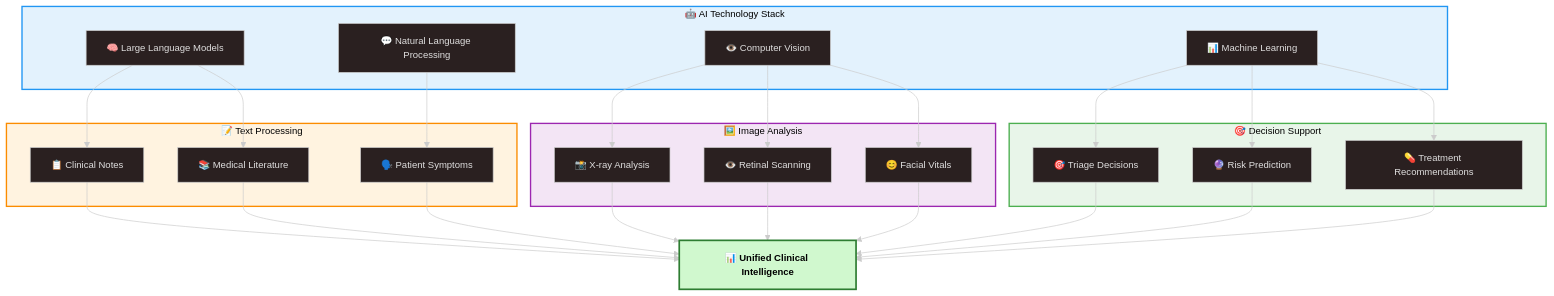
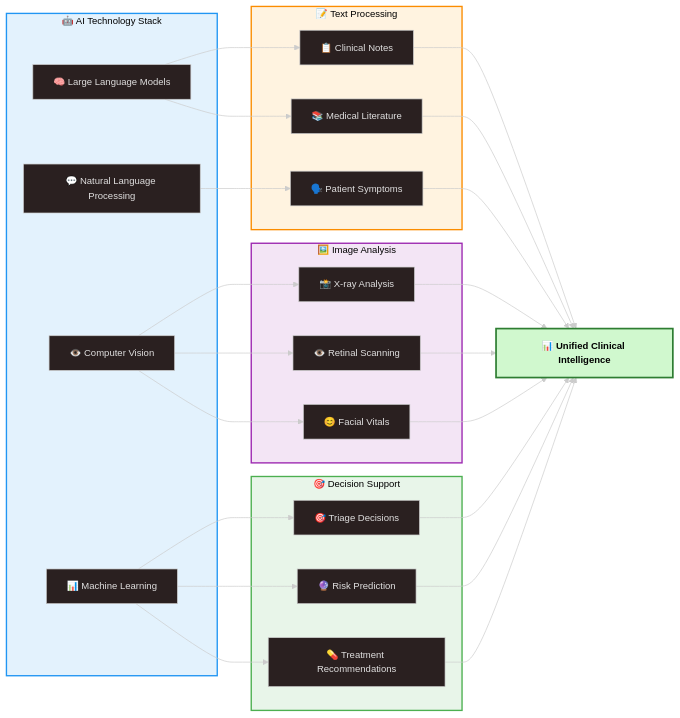
One commit to hr1juldey/FairWorks_FairDOC changed the tenth of 20 diagrams in report.md. Above: the diagram before and after it, drawn with Mermaid. The commit also changed other lines of this file, not shown here.

````diff
--- a/report.md
+++ b/report.md
@@ -447,55 +447,55 @@
 ```mermaid
 ---
 config:
   theme: neo-dark
   flowchart:
     curve: basis
 ---
-graph TB
+graph LR
   subgraph CORE["🤖 AI Technology Stack"]
     LLM[🧠 Large Language Models]
     NLP[💬 Natural Language Processing]
     CV[👁️ Computer Vision]
     ML[📊 Machine Learning]
   end
   subgraph TEXT["📝 Text Processing"]
     TC1[📋 Clinical Notes]
     TC2[🗣️ Patient Symptoms]
     TC3[📚 Medical Literature]
   end
   subgraph IMG["🖼️ Image Analysis"]
     IA1[📸 X-ray Analysis]
     IA2[👁️ Retinal Scanning]
     IA3[😊 Facial Vitals]
   end
   subgraph DECIDE["🎯 Decision Support"]
     DS1[🎯 Triage Decisions]
     DS2[🔮 Risk Prediction]
     DS3[💊 Treatment Recommendations]
   end
   Output[📊 Unified Clinical Intelligence]
   LLM --> TC1
   LLM --> TC3
   NLP --> TC2
   CV --> IA1
   CV --> IA2
   CV --> IA3
   ML --> DS1
   ML --> DS2
   ML --> DS3
   TC1 --> Output
   TC2 --> Output
   TC3 --> Output
   IA1 --> Output
   IA2 --> Output
   IA3 --> Output
   DS1 --> Output
   DS2 --> Output
   DS3 --> Output
   style CORE fill:#e3f2fd,stroke:#2196f3,stroke-width:2px,color:#000
   style TEXT fill:#fff3e0,stroke:#fb8c00,stroke-width:2px,color:#000
   style IMG fill:#f3e5f5,stroke:#9c27b0,stroke-width:2px,color:#000
   style DECIDE fill:#e8f5e9,stroke:#4caf50,stroke-width:2px,color:#000
   style Output fill:#d0f8ce,stroke:#2e7d32,stroke-width:2.5px,color:#000,font-weight:bold
 
 ```
````
